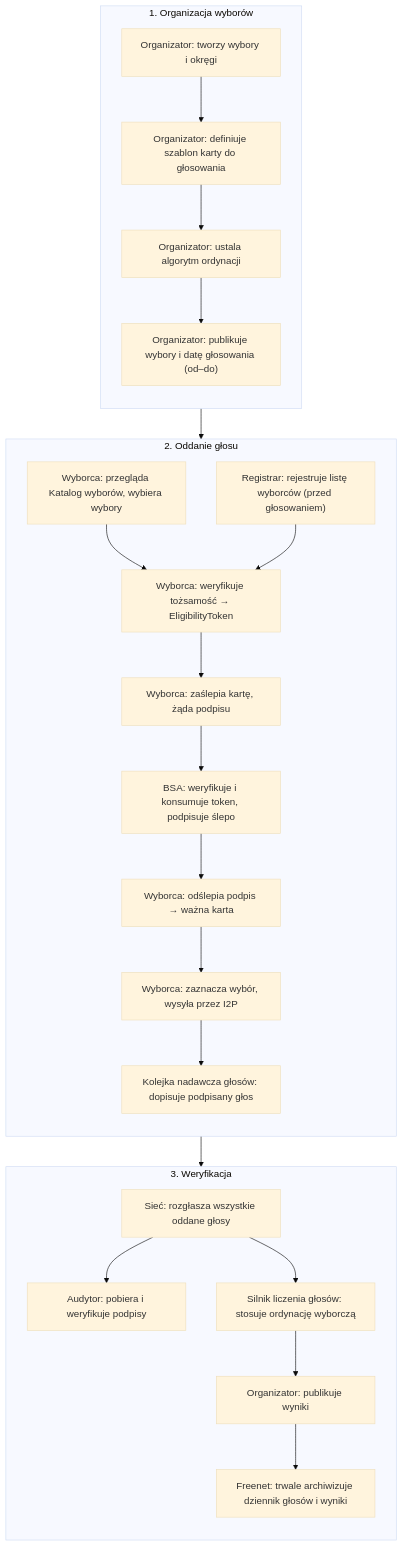
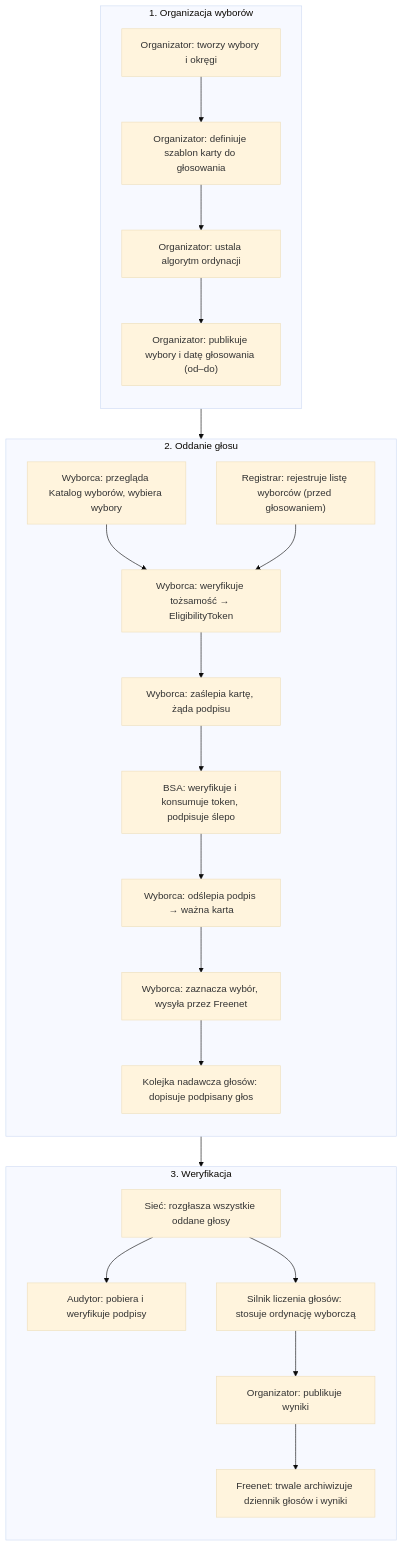
One commit to Suffragio/suffragio-spec changed the third of 3 diagrams in src/content/docs/pl/architecture.md. Above: the diagram before and after it, drawn with Mermaid (base theme). The commit also changed other lines of this file and 5 other files, not shown here.

````diff
--- a/src/content/docs/pl/architecture.md
+++ b/src/content/docs/pl/architecture.md
@@ -224,39 +220,39 @@
 ```mermaid
 flowchart TD
     subgraph Phase1["1. Organizacja wyborów"]
         direction TB
         A1["Organizator: tworzy wybory i okręgi"]
         A2["Organizator: definiuje szablon karty do głosowania"]
         A3["Organizator: ustala algorytm ordynacji"]
         A4["Organizator: publikuje wybory i datę głosowania (od–do)"]
         A1 --> A2 --> A3 --> A4
     end
 
     subgraph Phase2["2. Oddanie głosu"]
         direction TB
         B0["Wyborca: przegląda Katalog wyborów, wybiera wybory"]
         B1["Registrar: rejestruje listę wyborców (przed głosowaniem)"]
         B2["Wyborca: weryfikuje tożsamość → EligibilityToken"]
         B3["Wyborca: zaślepia kartę, żąda podpisu"]
         B4["BSA: weryfikuje i konsumuje token, podpisuje ślepo"]
         B5["Wyborca: odślepia podpis → ważna karta"]
-        B6["Wyborca: zaznacza wybór, wysyła przez I2P"]
+        B6["Wyborca: zaznacza wybór, wysyła przez Freenet"]
         B7["Kolejka nadawcza głosów: dopisuje podpisany głos"]
         B0 --> B2
         B1 --> B2
         B2 --> B3 --> B4 --> B5 --> B6 --> B7
     end
 
     subgraph Phase3["3. Weryfikacja"]
         direction TB
         C1["Sieć: rozgłasza wszystkie oddane głosy"]
         C2["Audytor: pobiera i weryfikuje podpisy"]
         C3["Silnik liczenia głosów: stosuje ordynację wyborczą"]
         C4["Organizator: publikuje wyniki"]
         C5["Freenet: trwale archiwizuje dziennik głosów i wyniki"]
         C1 --> C2
         C1 --> C3 --> C4 --> C5
     end
 
     Phase1 --> Phase2 --> Phase3
 ```
````
